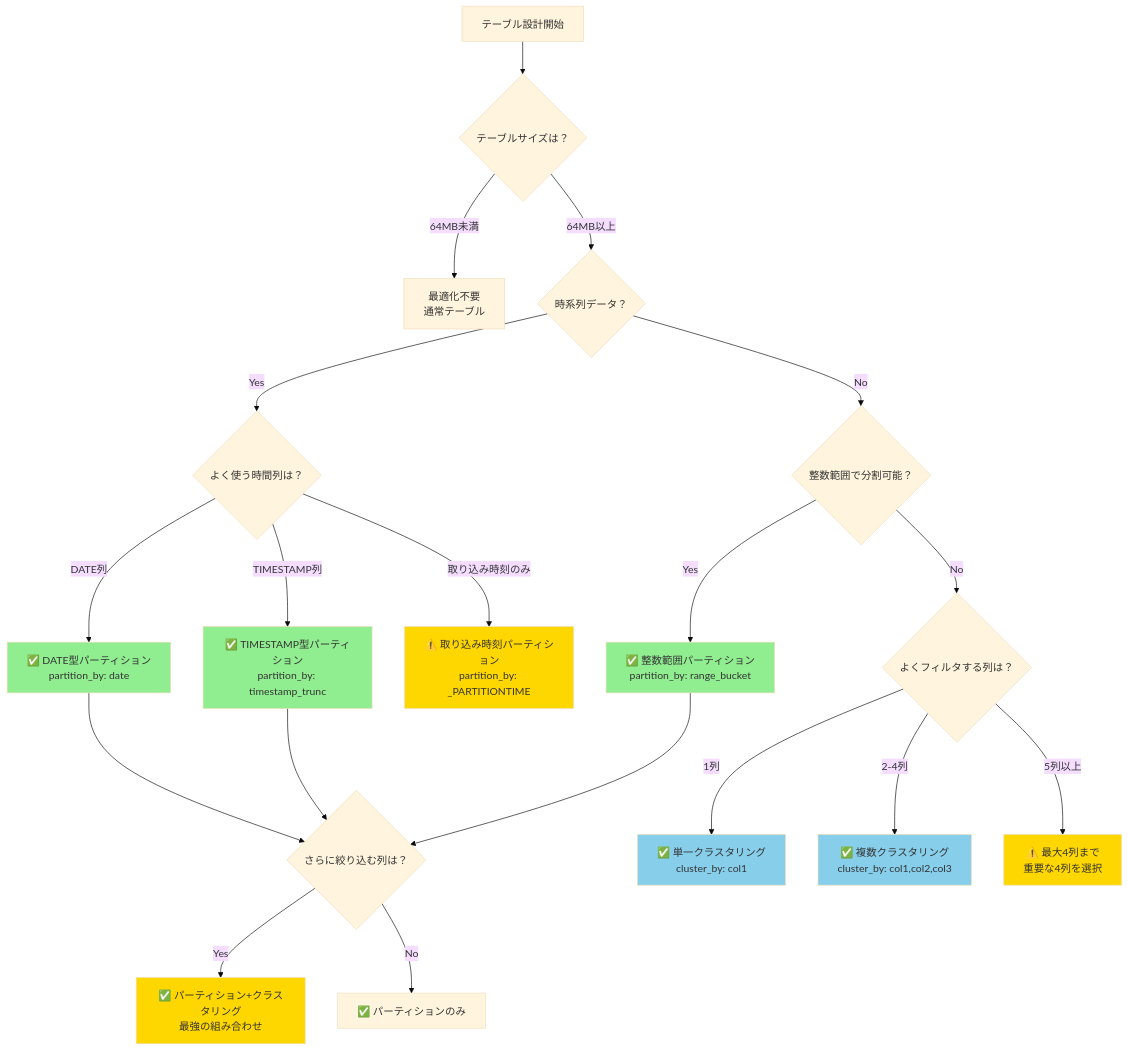
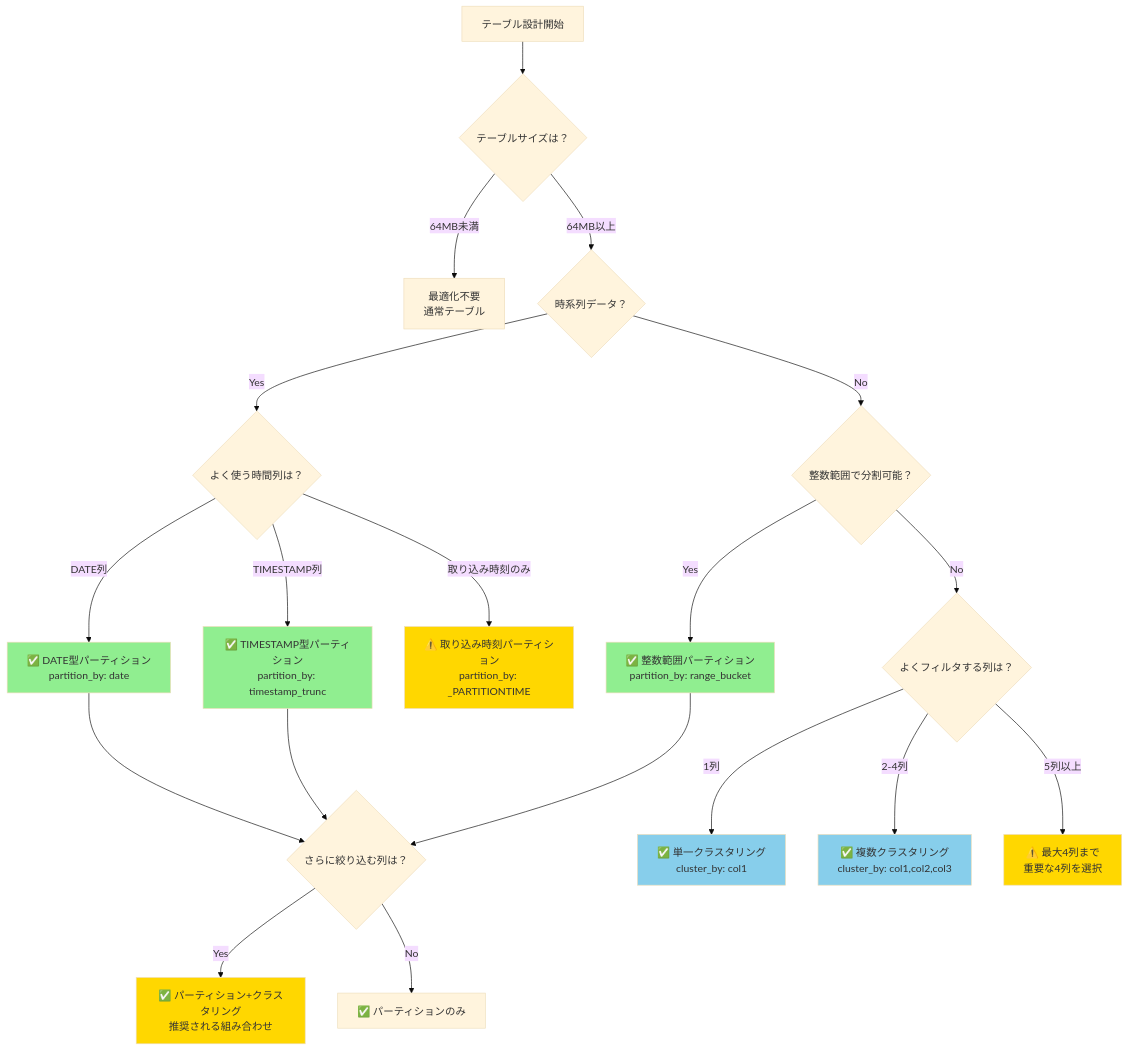
One commit to 1210yuichi0/1210yuichi0.github.io changed the first of 2 diagrams in content/Tech/dbt/partitioning-clustering-guide.md. Above: the diagram before and after it, drawn with Mermaid (base theme). The commit also changed other lines of this file and 18 other files, not shown here.

````diff
--- a/content/Tech/dbt/partitioning-clustering-guide.md
+++ b/content/Tech/dbt/partitioning-clustering-guide.md
@@ -52,35 +57,35 @@
 ```mermaid
 flowchart TD
     Start[テーブル設計開始] --> Size{テーブルサイズは？}
 
     Size -->|64MB未満| NoOpt[最適化不要<br/>通常テーブル]
     Size -->|64MB以上| Q1{時系列データ？}
 
     Q1 -->|Yes| Q2{よく使う時間列は？}
     Q2 -->|DATE列| PartDate[✅ DATE型パーティション<br/>partition_by: date]
     Q2 -->|TIMESTAMP列| PartTS[✅ TIMESTAMP型パーティション<br/>partition_by: timestamp_trunc]
     Q2 -->|取り込み時刻のみ| PartIngest[⚠️ 取り込み時刻パーティション<br/>partition_by: _PARTITIONTIME]
 
     Q1 -->|No| Q3{整数範囲で分割可能？}
     Q3 -->|Yes| PartInt[✅ 整数範囲パーティション<br/>partition_by: range_bucket]
     Q3 -->|No| Q4{よくフィルタする列は？}
 
     Q4 -->|1列| Cluster1[✅ 単一クラスタリング<br/>cluster_by: col1]
     Q4 -->|2-4列| ClusterM[✅ 複数クラスタリング<br/>cluster_by: col1,col2,col3]
     Q4 -->|5列以上| ClusterMax[⚠️ 最大4列まで<br/>重要な4列を選択]
 
     PartDate --> Q5{さらに絞り込む列は？}
     PartTS --> Q5
     PartInt --> Q5
-    Q5 -->|Yes| PartCluster[✅ パーティション+クラスタリング<br/>最強の組み合わせ]
+    Q5 -->|Yes| PartCluster[✅ パーティション+クラスタリング<br/>推奨される組み合わせ]
     Q5 -->|No| PartOnly[✅ パーティションのみ]
 
     style PartDate fill:#90EE90
     style PartTS fill:#90EE90
     style PartInt fill:#90EE90
     style Cluster1 fill:#87CEEB
     style ClusterM fill:#87CEEB
     style PartCluster fill:#FFD700
     style PartIngest fill:#FFD700
     style ClusterMax fill:#FFD700
 ```
````
